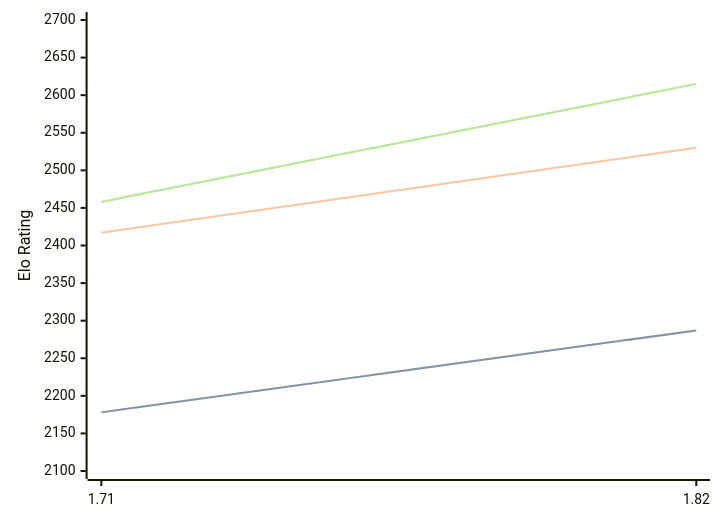
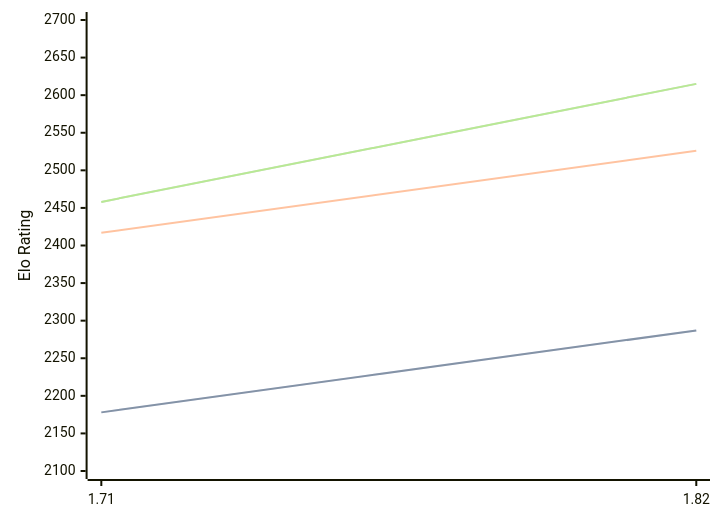
The diagram in engines/Amira.md (computer-chess-index/cci), drawn with Mermaid before and after one commit. The commit also changed other lines of this file, not shown here.

````diff
--- a/engines/Amira.md
+++ b/engines/Amira.md
@@ -32,11 +32,11 @@
 ```mermaid
 %%{init: {"theme":"base","themeVariables":{"seriesColors:['#a3a3a3','#222221','#faa371']}}}%%
 xychart-beta
   x-axis ["1.71", "1.82"]
   y-axis "Elo Rating" 2100 --> 2700
   line "STC (8.0+0.08s)" [2178, 2287]
   line "STC (8.0+0.08s)" [2178, 2287]
-  line "LTC (60.0+0.60s)" [2417, 2530]
+  line "LTC (60.0+0.60s)" [2417, 2526]
   line "VLTC (2m24s+1.12s)" [2458, 2615]
   line "VLTC (2m24s+1.12s)" [2458, 2615]
 ```
````
